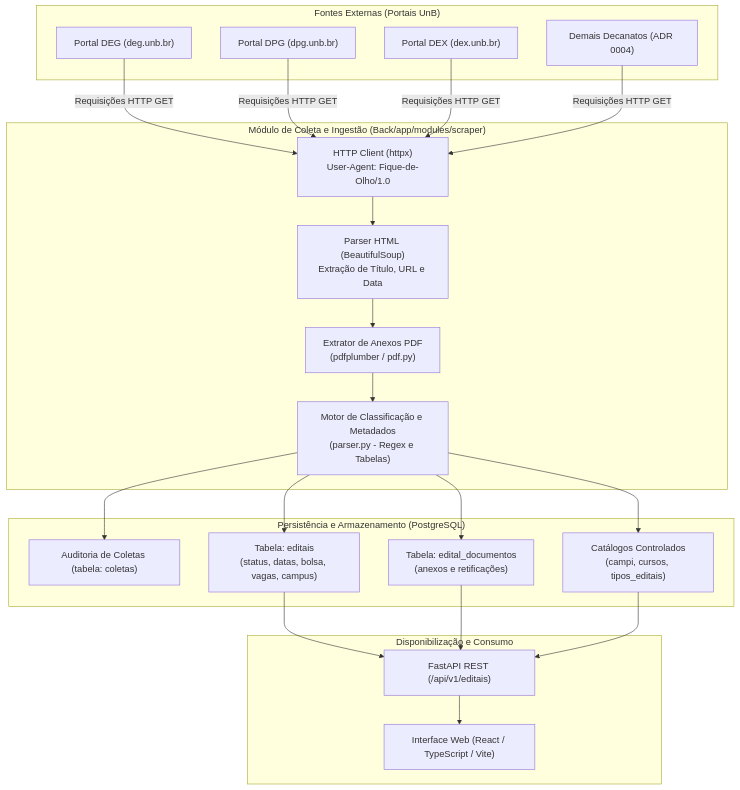
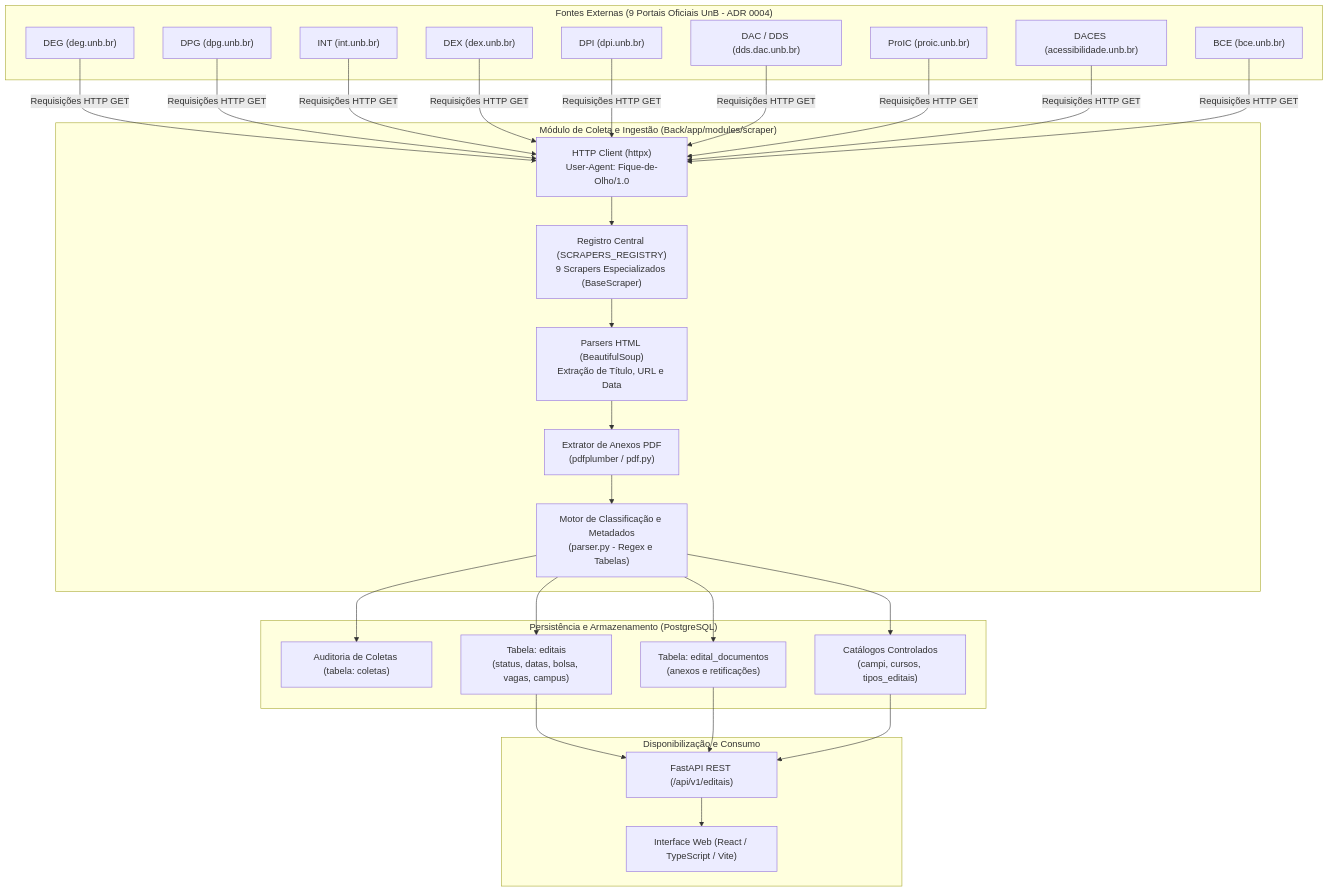
One commit to unb-mds/Fique-de-Olho changed the diagram in docs/fontes-de-dados.md. Above: the diagram before and after it, drawn with Mermaid. The commit also changed other lines of this file, not shown here.

````diff
--- a/docs/fontes-de-dados.md
+++ b/docs/fontes-de-dados.md
@@ -11,36 +11,43 @@
 ```mermaid
 flowchart TD
-    subgraph S1["Fontes Externas (Portais UnB)"]
-        DEG["Portal DEG (deg.unb.br)"]
-        DPG["Portal DPG (dpg.unb.br)"]
-        DEX["Portal DEX (dex.unb.br)"]
-        OUTROS["Demais Decanatos (ADR 0004)"]
+    subgraph S1["Fontes Externas (9 Portais Oficiais UnB - ADR 0004)"]
+        DEG["DEG (deg.unb.br)"]
+        DPG["DPG (dpg.unb.br)"]
+        INT["INT (int.unb.br)"]
+        DEX["DEX (dex.unb.br)"]
+        DPI["DPI (dpi.unb.br)"]
+        DAC["DAC / DDS (dds.dac.unb.br)"]
+        PROIC["ProIC (proic.unb.br)"]
+        DACES["DACES (acessibilidade.unb.br)"]
+        BCE["BCE (bce.unb.br)"]
     end
 
     subgraph S2["Módulo de Coleta e Ingestão (Back/app/modules/scraper)"]
+        REGISTRY["Registro Central (SCRAPERS_REGISTRY)\n9 Scrapers Especializados (BaseScraper)"]
         HTTP["HTTP Client (httpx)\nUser-Agent: Fique-de-Olho/1.0"]
-        HTML["Parser HTML (BeautifulSoup)\nExtração de Título, URL e Data"]
+        PARSER["Parsers HTML (BeautifulSoup)\nExtração de Título, URL e Data"]
         PDF_DL["Extrator de Anexos PDF\n(pdfplumber / pdf.py)"]
         RULES["Motor de Classificação e Metadados\n(parser.py - Regex e Tabelas)"]
     end
 
     subgraph S3["Persistência e Armazenamento (PostgreSQL)"]
         AUDIT["Auditoria de Coletas (tabela: coletas)"]
         DB_EDITAIS["Tabela: editais\n(status, datas, bolsa, vagas, campus)"]
         DB_DOCS["Tabela: edital_documentos\n(anexos e retificações)"]
         CATALOG["Catálogos Controlados\n(campi, cursos, tipos_editais)"]
     end
 
     subgraph S4["Disponibilização e Consumo"]
         API["FastAPI REST (/api/v1/editais)"]
         FRONT["Interface Web (React / TypeScript / Vite)"]
     end
 
-    DEG & DPG & DEX & OUTROS -->|Requisições HTTP GET| HTTP
-    HTTP --> HTML
-    HTML --> PDF_DL
+    DEG & DPG & INT & DEX & DPI & DAC & PROIC & DACES & BCE -->|Requisições HTTP GET| HTTP
+    HTTP --> REGISTRY
+    REGISTRY --> PARSER
+    PARSER --> PDF_DL
     PDF_DL --> RULES
     RULES --> AUDIT & DB_EDITAIS & DB_DOCS & CATALOG
     DB_EDITAIS & DB_DOCS & CATALOG --> API
     API --> FRONT
 ```
````
